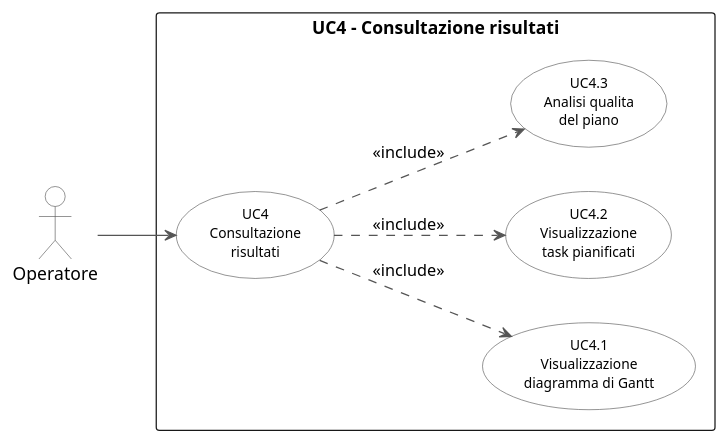
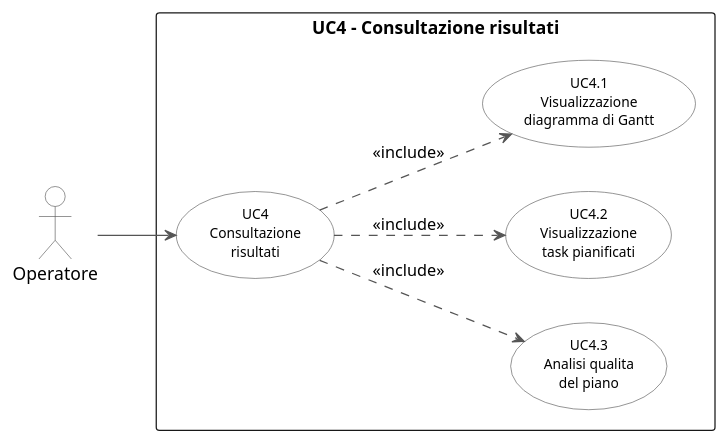
The diagram in plantuml/usecase/uc4.puml (Faverooo/Tesi-MarcoFavero), drawn with PlantUML before and after one commit. The commit also changed 13 other files, not shown here.

```diff
--- a/plantuml/usecase/uc4.puml
+++ b/plantuml/usecase/uc4.puml
@@ -1,28 +1,31 @@
 @startuml uc4
 left to right direction
 skinparam backgroundColor white
 skinparam usecase {
     BackgroundColor White
     BorderColor #555555
     ArrowColor #555555
     FontSize 11
 }
 skinparam actor {
     BackgroundColor White
     BorderColor #555555
 }
 
 actor "Operatore" as op
 
 rectangle "UC4 - Consultazione risultati" {
     (UC4\nConsultazione\nrisultati) as UC4
     (UC4.1\nVisualizzazione\ndiagramma di Gantt) as UC41
     (UC4.2\nVisualizzazione\ntask pianificati) as UC42
     (UC4.3\nAnalisi qualita\ndel piano) as UC43
+    
+    UC41 -[hidden]left-> UC42
+    UC42 -[hidden]left-> UC43
 }
 
 op --> UC4
 UC4 ..> UC41 : <<include>>
 UC4 ..> UC42 : <<include>>
 UC4 ..> UC43 : <<include>>
 @enduml
```
